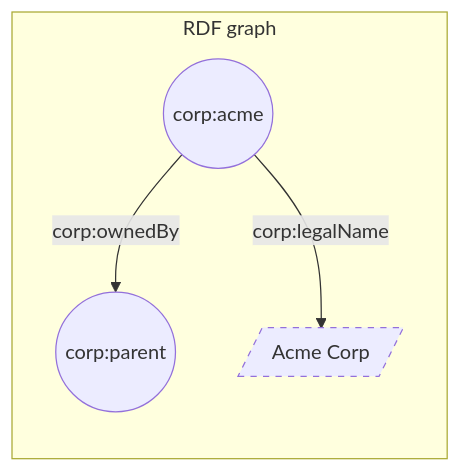
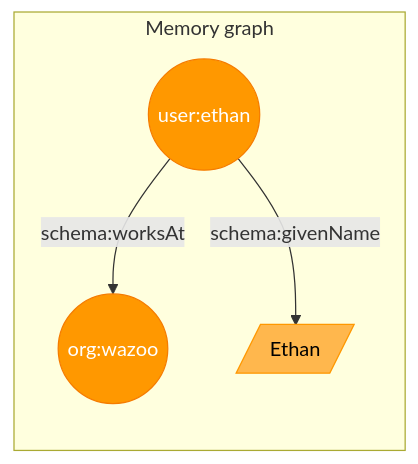
The third of 3 diagrams in packages/docs/worlds/index.mdx (wazootech/worlds), drawn with Mermaid before and after one commit. The commit also changed other lines of this file and 2 other files, not shown here.

````diff
--- a/packages/docs/worlds/index.mdx
+++ b/packages/docs/worlds/index.mdx
@@ -101,8 +103,10 @@
 ```mermaid
 graph LR
-    subgraph "RDF graph"
-    A((corp:acme)) -->|corp:ownedBy| B((corp:parent))
-    A -->|corp:legalName| C[/"Acme Corp"/]
+    subgraph "Memory graph"
+    A((user:ethan)) -->|schema:worksAt| B((org:wazoo))
+    A -->|schema:givenName| C[/"Ethan"/]
     end
-    style C stroke-dasharray: 5 5
+    style A fill:#FF9800,stroke:#F57C00,color:#fff
+    style B fill:#FF9800,stroke:#F57C00,color:#fff
+    style C fill:#FFB74D,stroke:#FF9800,color:#000
 ```
````
